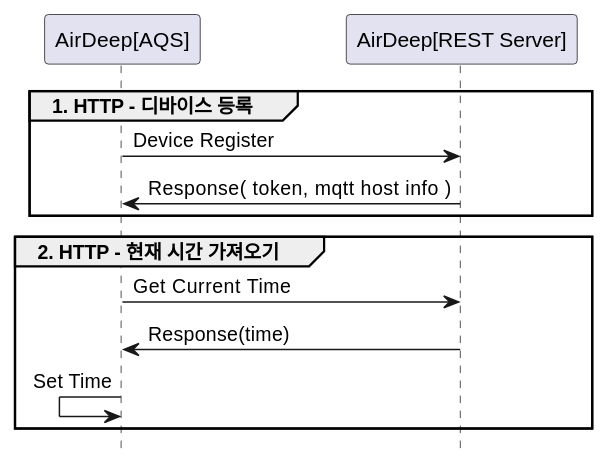
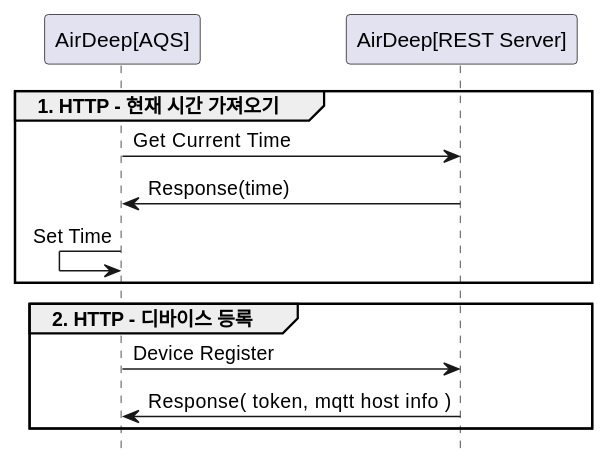
The second of 3 diagrams in README.md (RTdataLab/DE-ADeep-API-Guide), drawn with PlantUML before and after one commit. The commit also changed other lines of this file and 4 other files, not shown here.

Commit message:
type 추가 및 플로우 일부 변경

````diff
--- a/README.md
+++ b/README.md
@@ -110,16 +124,17 @@
   ```plantuml
   @startuml
    participant "AirDeep[AQS]" order 1
    participant "AirDeep[REST Server]" order 2
    hide footbox
-   group 1. HTTP - 디바이스 등록
-     "AirDeep[AQS]" -> "AirDeep[REST Server]" : Device Register
-     "AirDeep[AQS]" <- "AirDeep[REST Server]"  : Response( token, mqtt host info )
-   end
-   group 2. HTTP - 현재 시간 가져오기
+   group 1. HTTP - 현재 시간 가져오기
        "AirDeep[AQS]" -> "AirDeep[REST Server]" : Get Current Time
        "AirDeep[AQS]" <- "AirDeep[REST Server]" : Response(time)
        "AirDeep[AQS]" <- "AirDeep[AQS]" : Set Time
    end
+   group 2. HTTP - 디바이스 등록
+     "AirDeep[AQS]" -> "AirDeep[REST Server]" : Device Register
+     "AirDeep[AQS]" <- "AirDeep[REST Server]"  : Response( token, mqtt host info )
+   end
+
   @enduml
   ```
````
